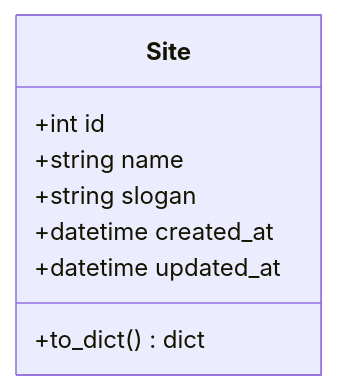
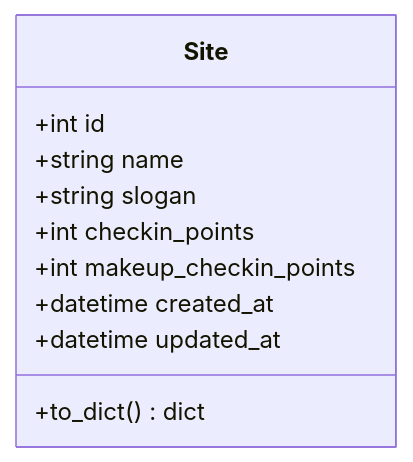
Before and after one commit to onebody/homework: the third of 4 diagrams in .qoder/repowiki/zh/content/暑假作业打卡系统/后端服务架构/路由层设计/站点管理API.md, drawn with Mermaid. The commit also changed other lines of this file and 16 other files, not shown here.

````diff
--- a/.qoder/repowiki/zh/content/暑假作业打卡系统/后端服务架构/路由层设计/站点管理API.md
+++ b/.qoder/repowiki/zh/content/暑假作业打卡系统/后端服务架构/路由层设计/站点管理API.md
@@ -142,11 +128,13 @@
 ```mermaid
 classDiagram
 class Site {
 +int id
 +string name
 +string slogan
++int checkin_points
++int makeup_checkin_points
 +datetime created_at
 +datetime updated_at
 +to_dict() dict
 }
 ```
````
